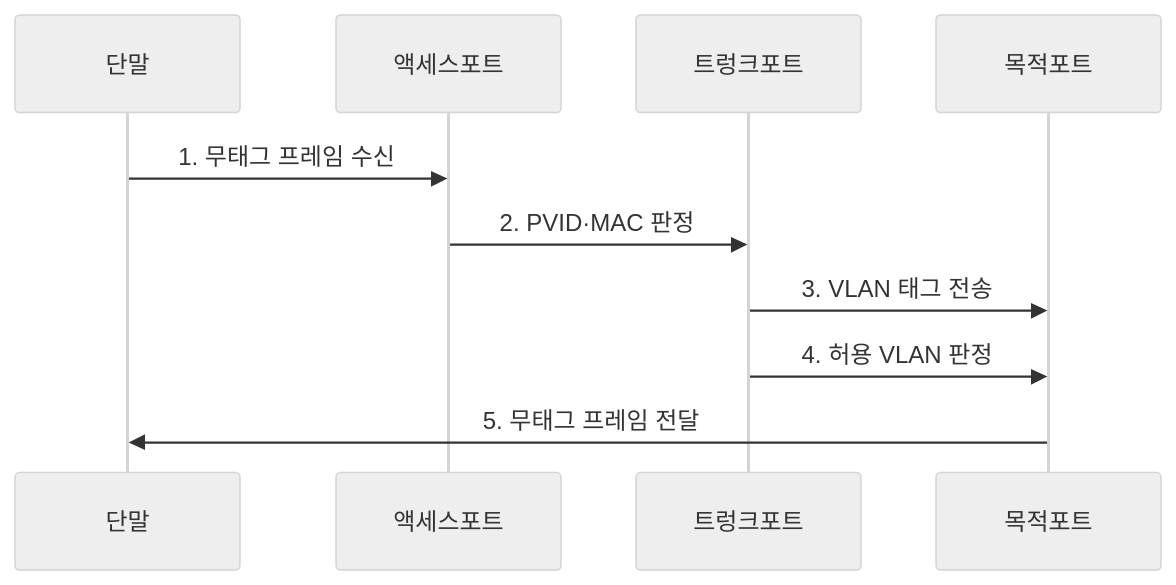
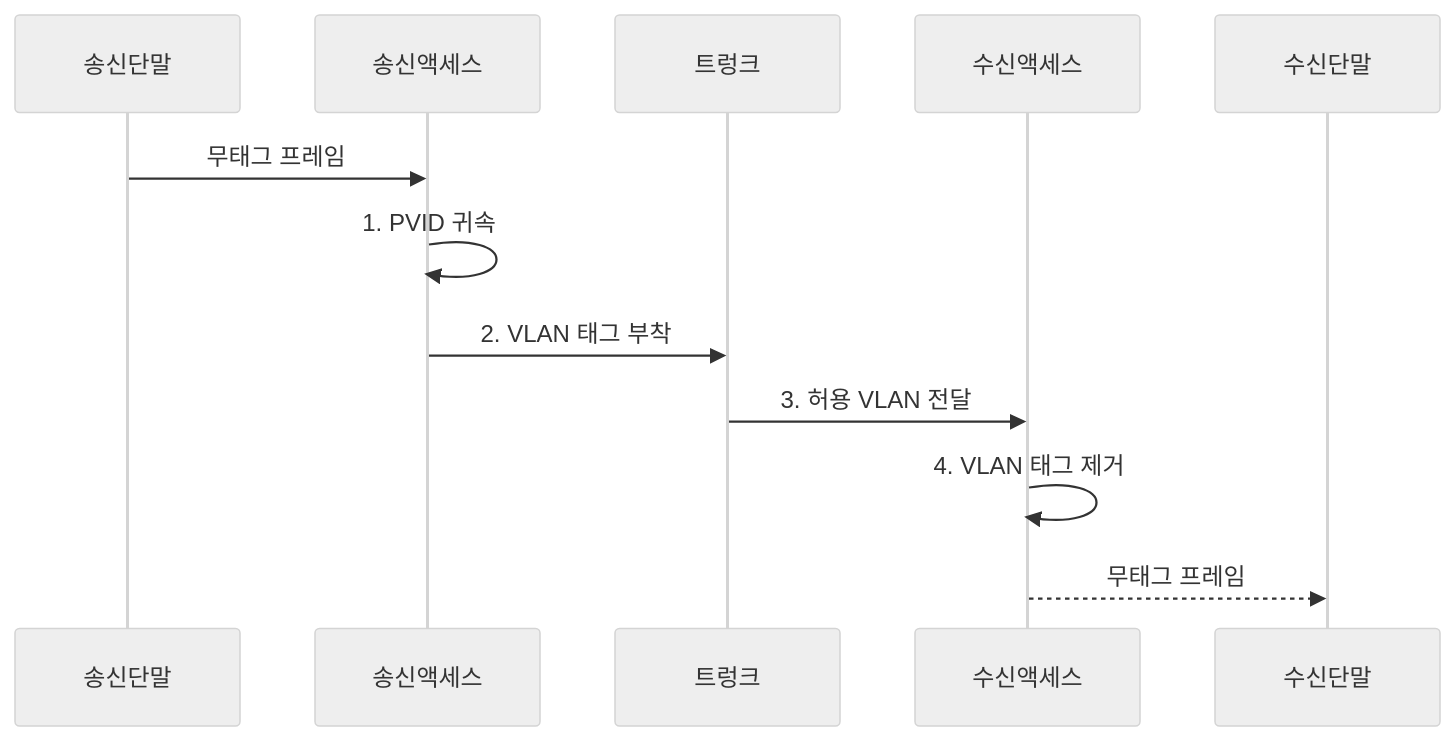
The second of 2 diagrams in src/content/docs/notes/04-network/016_vlan_trunk_access_port.md (agnusdei1207/knowledge-base), drawn with Mermaid (neutral theme) before and after one commit. The commit also changed other lines of this file and 20 other files, not shown here.

````diff
--- a/src/content/docs/notes/04-network/016_vlan_trunk_access_port.md
+++ b/src/content/docs/notes/04-network/016_vlan_trunk_access_port.md
@@ -85,12 +85,14 @@
 ```mermaid
 sequenceDiagram
-    participant 단말
-    participant 액세스포트
-    participant 트렁크포트
-    participant 목적포트
-    단말->>액세스포트: 1. 무태그 프레임 수신
-    액세스포트->>트렁크포트: 2. PVID·MAC 판정
-    트렁크포트->>목적포트: 3. VLAN 태그 전송
-    트렁크포트->>목적포트: 4. 허용 VLAN 판정
-    목적포트->>단말: 5. 무태그 프레임 전달
+    participant 송신단말
+    participant 송신액세스
+    participant 트렁크
+    participant 수신액세스
+    participant 수신단말
+    송신단말->>송신액세스: 무태그 프레임
+    송신액세스->>송신액세스: 1. PVID 귀속
+    송신액세스->>트렁크: 2. VLAN 태그 부착
+    트렁크->>수신액세스: 3. 허용 VLAN 전달
+    수신액세스->>수신액세스: 4. VLAN 태그 제거
+    수신액세스-->>수신단말: 무태그 프레임
 ```
````
